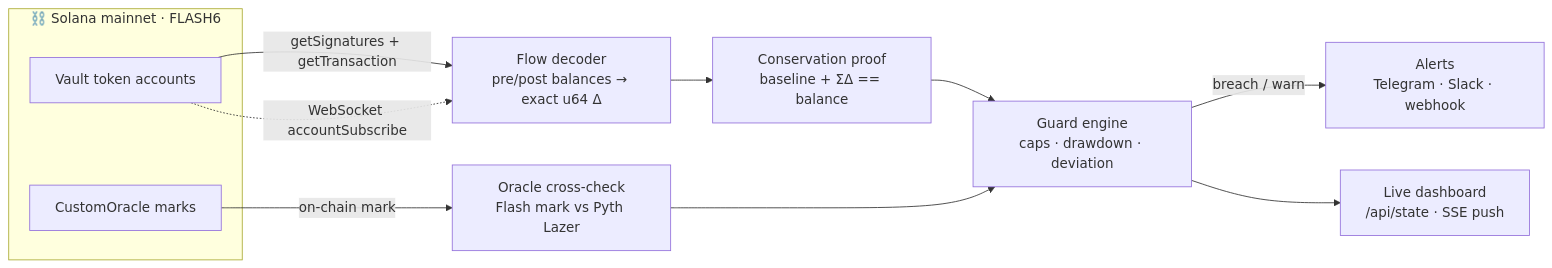
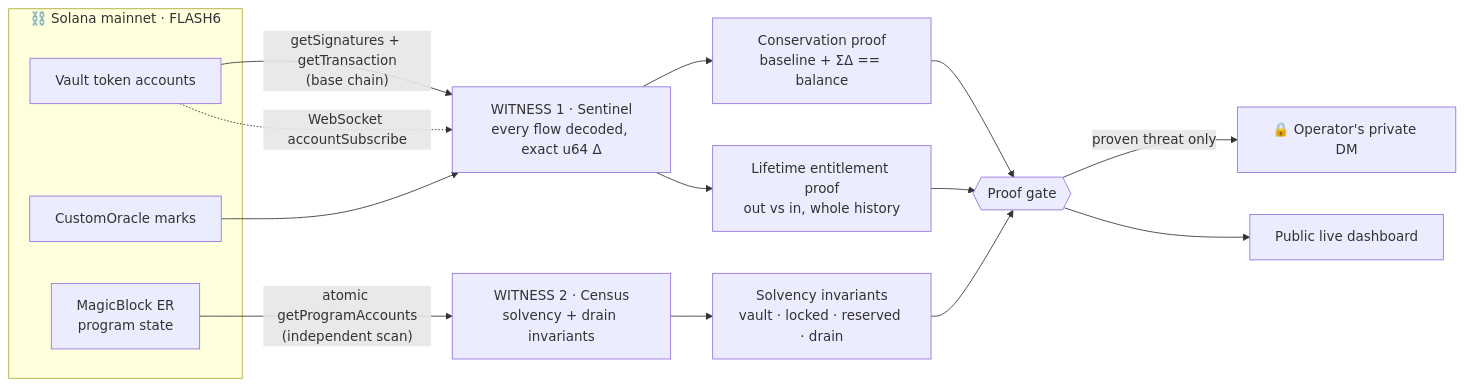
One commit to Abdr007/flash-flow-sentinel changed the diagram in README.md. Above: the diagram before and after it, drawn with Mermaid. The commit also changed other lines of this file and 1 other file, not shown here.

First line of the commit message:
README: dual-witness, proof-gated defense-stack rewrite + expose live-status/alerting state in API

````diff
--- a/README.md
+++ b/README.md
@@ -66,17 +68,23 @@
 ```mermaid
 flowchart LR
   subgraph chain["⛓️  Solana mainnet · FLASH6"]
     V["Vault token accounts"]
     O["CustomOracle marks"]
+    ER["MagicBlock ER<br/>program state"]
   end
 
-  V -->|getSignatures + getTransaction| D["Flow decoder<br/>pre/post balances → exact u64 Δ"]
-  V -. WebSocket accountSubscribe .-> D
-  D --> P["Conservation proof<br/>baseline + ΣΔ == balance"]
-  O -->|on-chain mark| X["Oracle cross-check<br/>Flash mark vs Pyth Lazer"]
+  V -->|"getSignatures + getTransaction<br/>(base chain)"| S1["WITNESS 1 · Sentinel<br/>every flow decoded, exact u64 Δ"]
+  V -. WebSocket accountSubscribe .-> S1
+  O --> S1
+  ER -->|"atomic getProgramAccounts<br/>(independent scan)"| S2["WITNESS 2 · Census<br/>solvency + drain invariants"]
 
-  P --> G["Guard engine<br/>caps · drawdown · deviation"]
-  X --> G
-  G -->|breach / warn| A["Alerts<br/>Telegram · Slack · webhook"]
-  G --> UI["Live dashboard<br/>/api/state · SSE push"]
+  S1 --> PF["Conservation proof<br/>baseline + ΣΔ == balance"]
+  S1 --> ENT["Lifetime entitlement proof<br/>out vs in, whole history"]
+  S2 --> SOL["Solvency invariants<br/>vault · locked · reserved · drain"]
+
+  PF --> DEC{{"Proof gate"}}
+  ENT --> DEC
+  SOL --> DEC
+  DEC -->|"proven threat only"| DM["🔒 Operator's private DM"]
+  DEC --> UI["Public live dashboard"]
 ```
````
